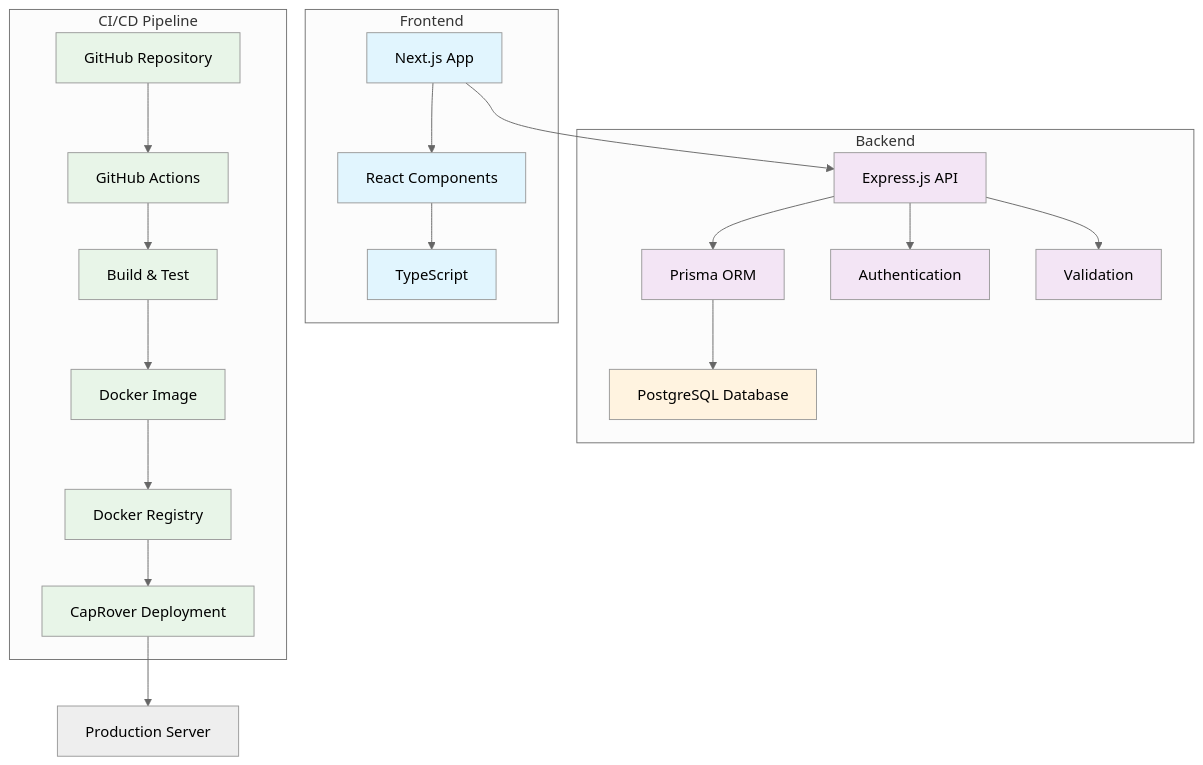
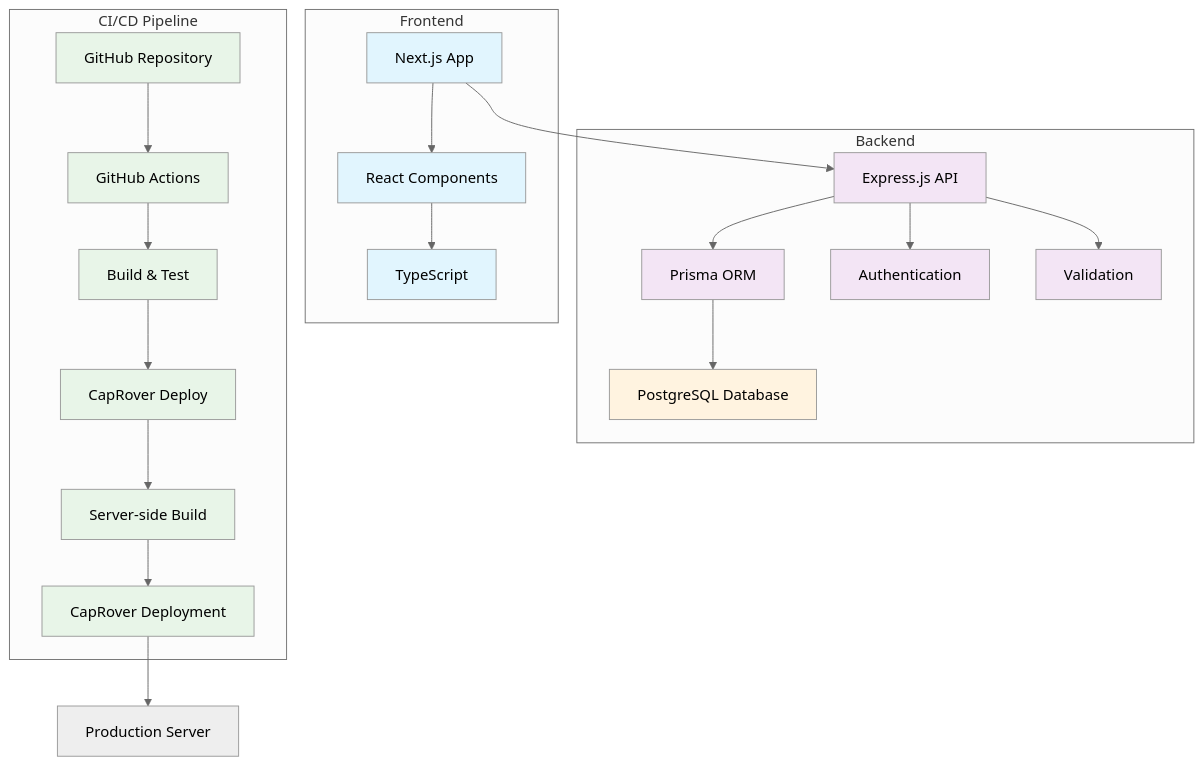
One commit to beita-1024/trip-shiori changed the diagram in README.md. Above: the diagram before and after it, drawn with Mermaid (neutral theme). The commit also changed other lines of this file and 56 other files, not shown here.

````diff
--- a/README.md
+++ b/README.md
@@ -19,40 +19,40 @@
 ```mermaid
 graph TB
     %% フロントエンド
     subgraph "Frontend"
         A[Next.js App] --> B[React Components]
         B --> C[TypeScript]
     end
     
     %% バックエンド
     subgraph "Backend"
         D[Express.js API] --> E[Prisma ORM]
         E --> F[PostgreSQL Database]
         D --> G[Authentication]
         D --> H[Validation]
     end
     
     %% CI/CD パイプライン
     subgraph "CI/CD Pipeline"
         I[GitHub Repository] --> J[GitHub Actions]
         J --> K[Build & Test]
-        K --> L[Docker Image]
-        L --> M[Docker Registry]
+        K --> L[CapRover Deploy]
+        L --> M[Server-side Build]
         M --> N[CapRover Deployment]
     end
     
     %% 接続
     A --> D
     N --> O[Production Server]
     
     %% スタイル
     classDef frontend fill:#e1f5fe
     classDef backend fill:#f3e5f5
     classDef cicd fill:#e8f5e8
     classDef database fill:#fff3e0
     
     class A,B,C frontend
     class D,E,F,G,H backend
     class I,J,K,L,M,N cicd
     class F database
 ```
````
